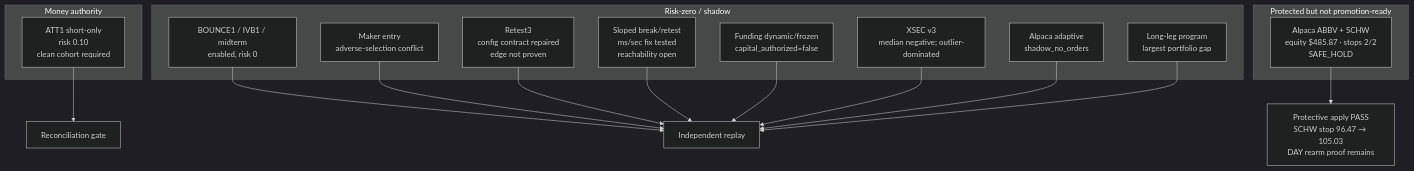
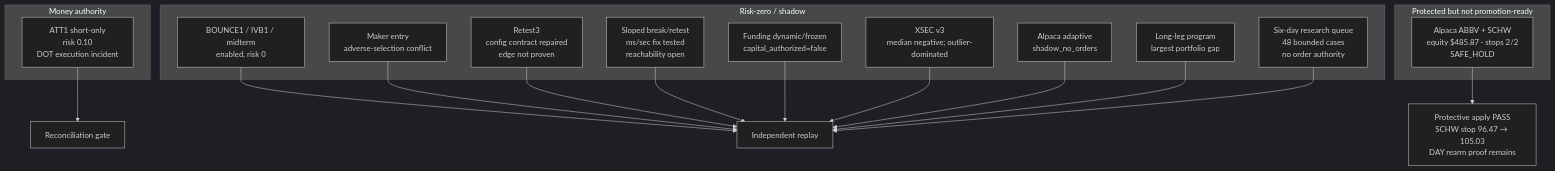
Before and after one commit to Brokenbass90/by-bot: the fourth of 6 diagrams in reports/CODEX_PROJECT_VISUAL_MAP_2026_08_10.md, drawn with Mermaid (dark theme). The commit also changed other lines of this file and 68 other files, not shown here.

Commit message:
guard ATT1 fills and launch bounded research queue

````diff
--- a/reports/CODEX_PROJECT_VISUAL_MAP_2026_08_10.md
+++ b/reports/CODEX_PROJECT_VISUAL_MAP_2026_08_10.md
@@ -65,32 +65,34 @@
 ```mermaid
 flowchart TB
     subgraph Money["Money authority"]
-        ATT["ATT1 short-only<br/>risk 0.10<br/>clean cohort required"]
+        ATT["ATT1 short-only<br/>risk 0.10<br/>DOT execution incident"]
     end
 
     subgraph RiskZero["Risk-zero / shadow"]
         B1["BOUNCE1 / IVB1 / midterm<br/>enabled, risk 0"]
         MK["Maker entry<br/>adverse-selection conflict"]
         RT["Retest3<br/>config contract repaired<br/>edge not proven"]
         SB["Sloped break/retest<br/>ms/sec fix tested<br/>reachability open"]
         FU["Funding dynamic/frozen<br/>capital_authorized=false"]
         XS["XSEC v3<br/>median negative; outlier-dominated"]
         AP["Alpaca adaptive<br/>shadow_no_orders"]
         LG["Long-leg program<br/>largest portfolio gap"]
+        SD["Six-day research queue<br/>48 bounded cases<br/>no order authority"]
     end
 
     subgraph SafeHold["Protected but not promotion-ready"]
         AL["Alpaca ABBV + SCHW<br/>equity $485.87 · stops 2/2<br/>SAFE_HOLD"]
     end
 
     ATT --> REC["Reconciliation gate"]
     B1 --> REP["Independent replay"]
     MK --> REP
     RT --> REP
     SB --> REP
     FU --> REP
     XS --> REP
     AP --> REP
     LG --> REP
+    SD --> REP
     AL --> MKT["Protective apply PASS<br/>SCHW stop 96.47 → 105.03<br/>DAY rearm proof remains"]
 ```
````
